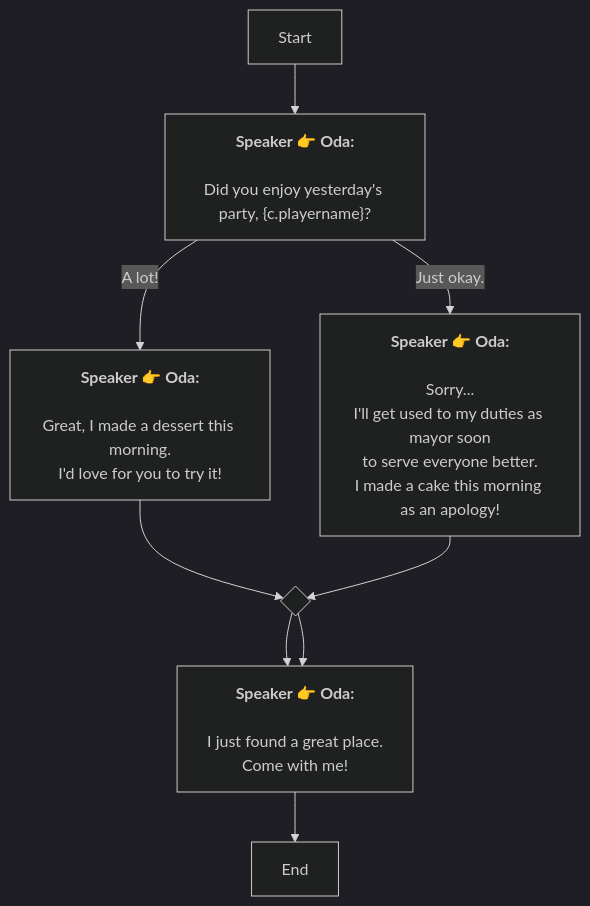
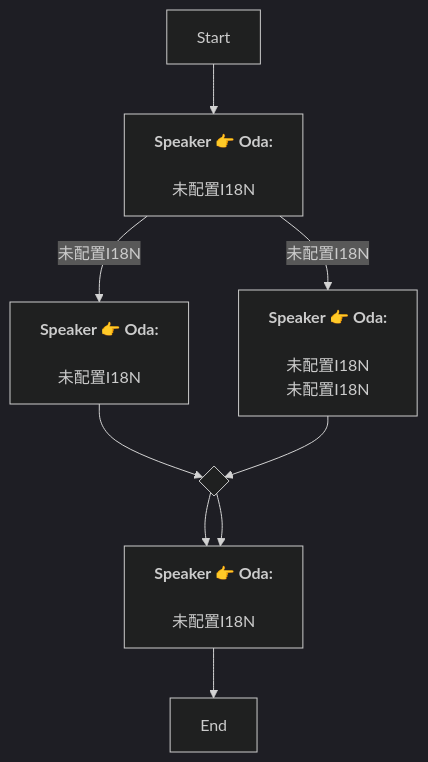
Before and after one commit to SoftHu/tos_avg: the diagram in En/QuestStartTalkENode_1741365690796258.md, drawn with Mermaid (dark theme). The commit also changed 730 other files, not shown here.

````diff
--- a/En/QuestStartTalkENode_1741365690796258.md
+++ b/En/QuestStartTalkENode_1741365690796258.md
@@ -1,22 +1,17 @@
 ```mermaid
 graph
 Start -->1741366051818734[<b>Speaker 👉 Oda:</b>
-\nDid you enjoy yesterday's party, &lbrace;c.playername&rbrace;?]
-1741366051818734 -->|Just okay.|1741840976551401[<b>Speaker 👉 Oda:</b>
-\nSorry...
-I'll get used to my duties as mayor soon
-to serve everyone better.\nI made a cake this morning as an apology!]
-1741366051818734 -->|A lot!|1741840770440680[<b>Speaker 👉 Oda:</b>
-\nGreat, I made a dessert this morning.
-I'd love for you to try it!]
+\n未配置I18N]
+1741366051818734 -->|未配置I18N|1741840976551401[<b>Speaker 👉 Oda:</b>
+\n未配置I18N\n未配置I18N]
+1741366051818734 -->|未配置I18N|1741840770440680[<b>Speaker 👉 Oda:</b>
+\n未配置I18N]
 1741840770440680 -->1741367875621124{ }
 1741367875621124 -->1741841330457066[<b>Speaker 👉 Oda:</b>
-\nI just found a great place.
-Come with me!]
+\n未配置I18N]
 1741367875621124 -->1741841330457066[<b>Speaker 👉 Oda:</b>
-\nI just found a great place.
-Come with me!]
+\n未配置I18N]
 1741841330457066 -->1741367947996422[End]
 1741840976551401 -->1741367875621124{ }
 
 ```
````
